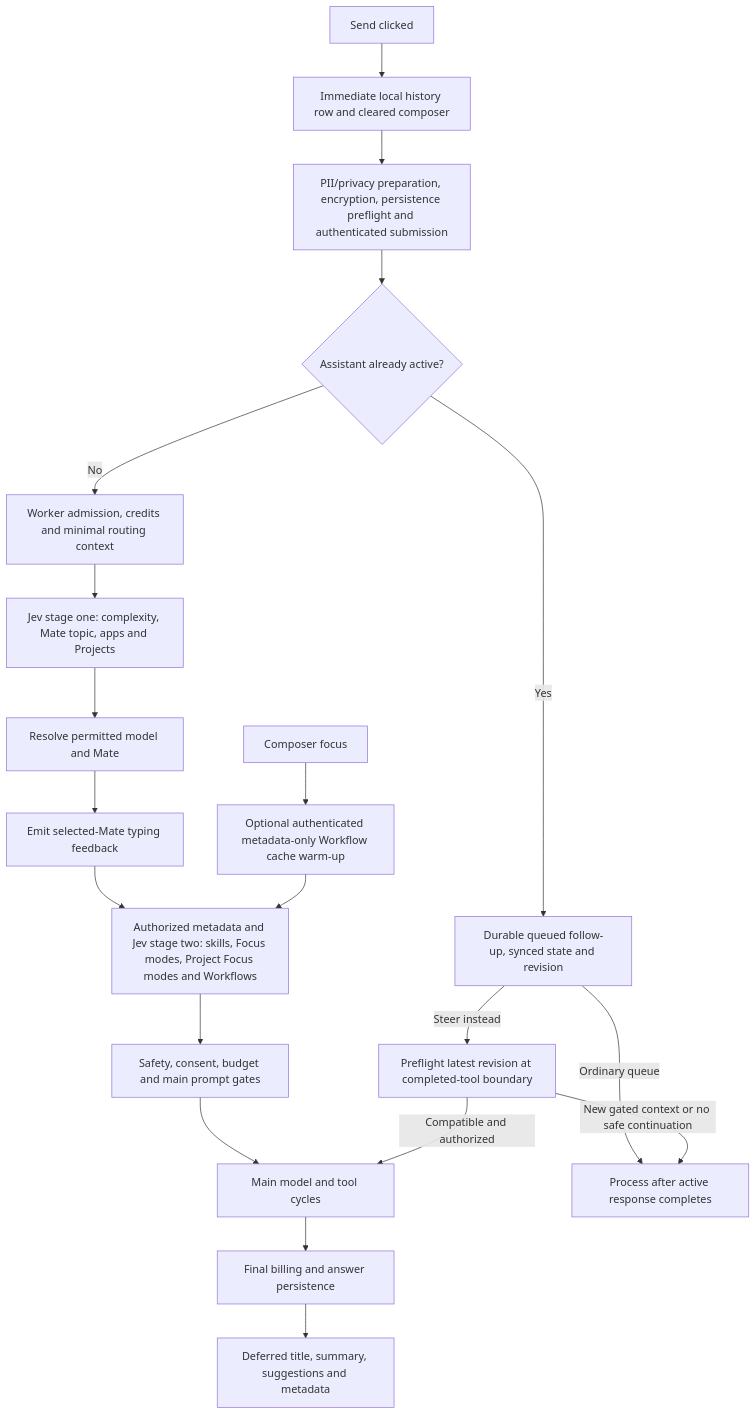
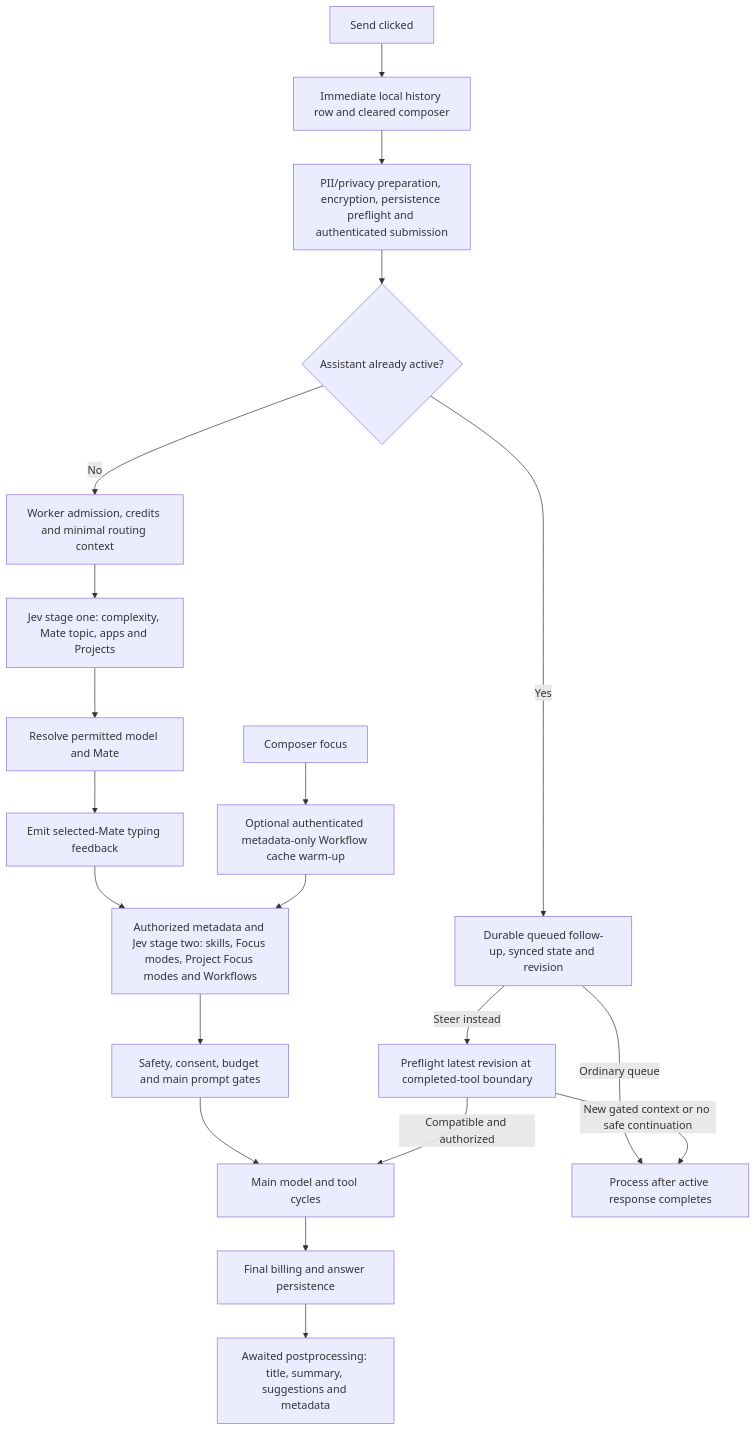
The diagram in docs/plans/chat-latency-improvements/report.md (glowingkitty/OpenMates), drawn with Mermaid before and after one commit. The commit also changed other lines of this file and 42 other files, not shown here.

````diff
--- a/docs/plans/chat-latency-improvements/report.md
+++ b/docs/plans/chat-latency-improvements/report.md
@@ -22,22 +22,22 @@
 ```mermaid
 flowchart TD
     F[Composer focus] --> W[Optional authenticated metadata-only Workflow cache warm-up]
     A[Send clicked] --> B[Immediate local history row and cleared composer]
     B --> C[PII/privacy preparation, encryption, persistence preflight and authenticated submission]
     C --> Q{Assistant already active?}
     Q -->|Yes| U[Durable queued follow-up, synced state and revision]
     Q -->|No| D[Worker admission, credits and minimal routing context]
     D --> E[Jev stage one: complexity, Mate topic, apps and Projects]
     E --> G[Resolve permitted model and Mate]
     G --> H[Emit selected-Mate typing feedback]
     H --> I[Authorized metadata and Jev stage two: skills, Focus modes, Project Focus modes and Workflows]
     W --> I
     I --> J[Safety, consent, budget and main prompt gates]
     J --> K[Main model and tool cycles]
     U -->|Ordinary queue| L[Process after active response completes]
     U -->|Steer instead| S[Preflight latest revision at completed-tool boundary]
     S -->|Compatible and authorized| K
     S -->|New gated context or no safe continuation| L
     K --> M[Final billing and answer persistence]
-    M --> N[Deferred title, summary, suggestions and metadata]
+    M --> N[Awaited postprocessing: title, summary, suggestions and metadata]
 ```
````
